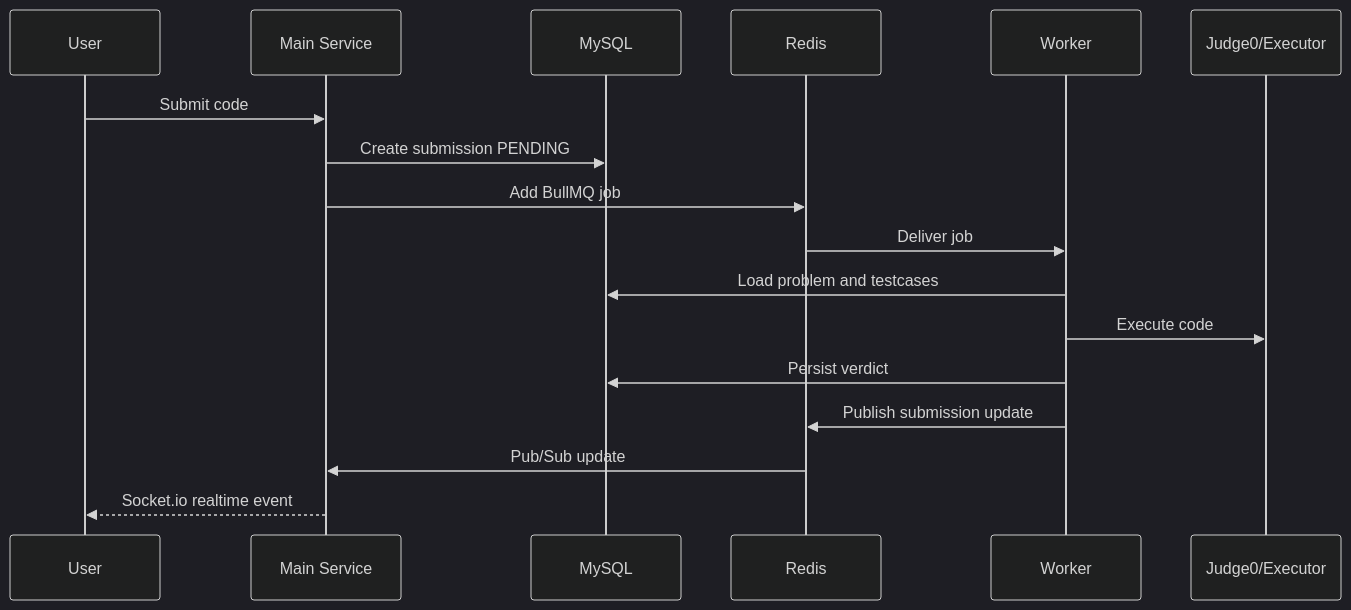
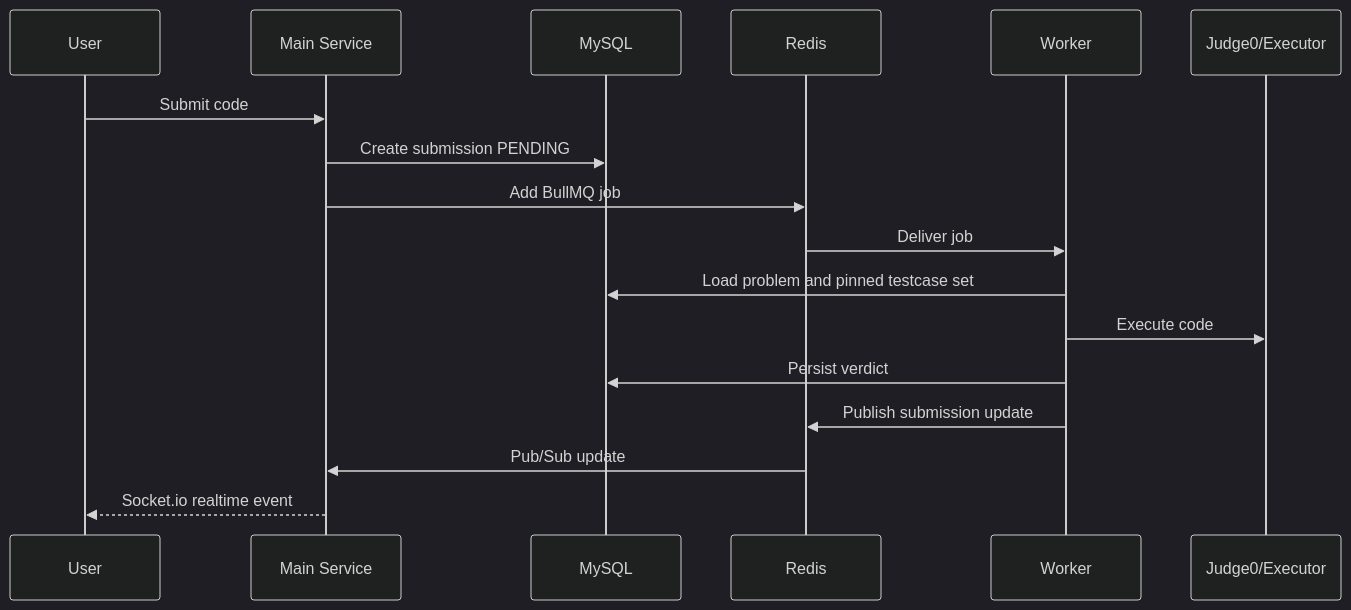
One commit to jack1e2401/fessior changed the diagram in README.md. Above: the diagram before and after it, drawn with Mermaid (dark theme). The commit also changed other lines of this file and 102 other files, not shown here.

````diff
--- a/README.md
+++ b/README.md
@@ -66,20 +66,20 @@
 ```mermaid
 sequenceDiagram
     participant User
     participant Main as Main Service
     participant MySQL
     participant Redis
     participant Worker
     participant Judge as Judge0/Executor
 
     User->>Main: Submit code
     Main->>MySQL: Create submission PENDING
     Main->>Redis: Add BullMQ job
     Redis->>Worker: Deliver job
-    Worker->>MySQL: Load problem and testcases
+    Worker->>MySQL: Load problem and pinned testcase set
     Worker->>Judge: Execute code
     Worker->>MySQL: Persist verdict
     Worker->>Redis: Publish submission update
     Redis->>Main: Pub/Sub update
     Main-->>User: Socket.io realtime event
 ```
````
